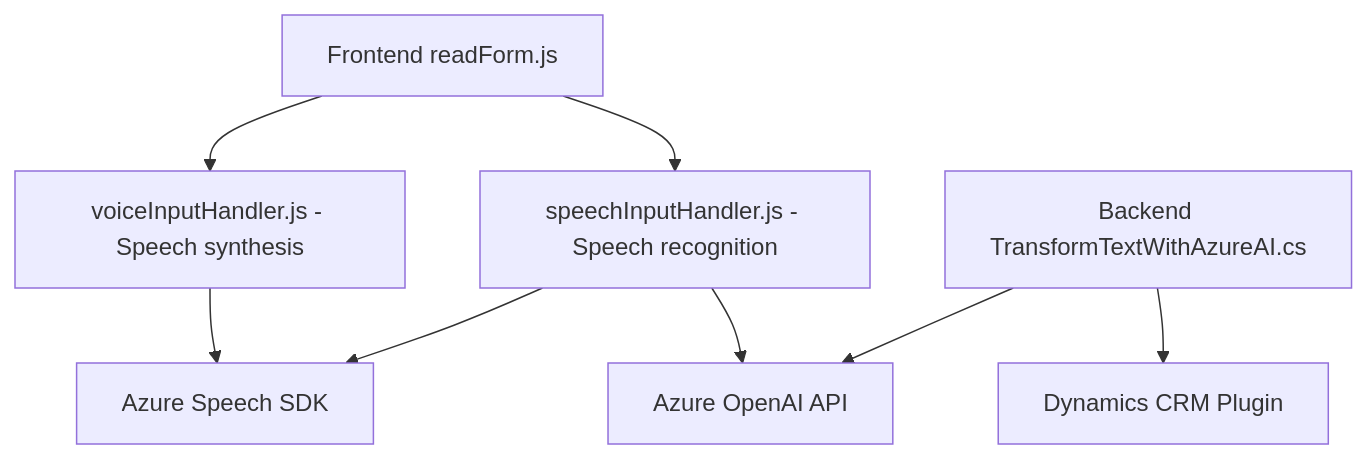
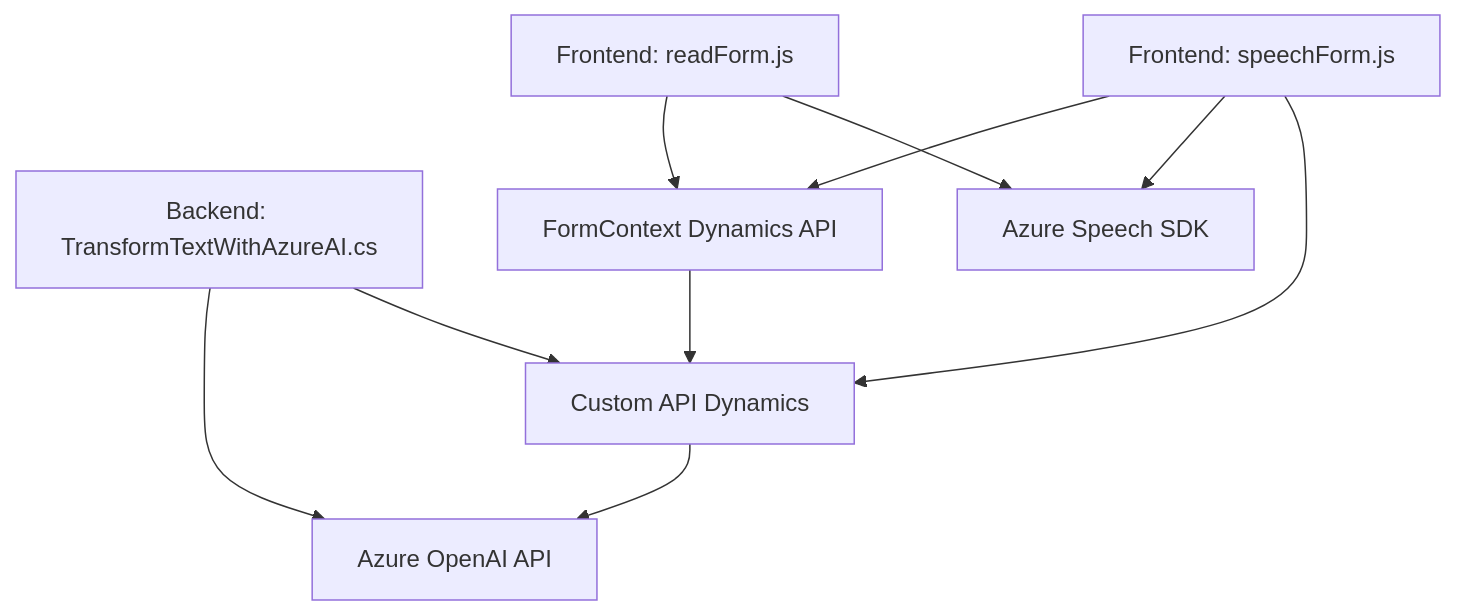
Before and after one commit to blopezdm/NETCORE_BILBAO2025: the diagram in README.md, drawn with Mermaid. The commit also changed other lines of this file, not shown here.

````diff
--- a/README.md
+++ b/README.md
@@ -40,18 +65,20 @@
 ```mermaid
 graph TD
-    A["Frontend readForm.js"]
-    B["voiceInputHandler.js - Speech synthesis"]
-    C["speechInputHandler.js - Speech recognition"]
-    D["Backend TransformTextWithAzureAI.cs"]
+    A["Frontend: readForm.js"]
+    B["Frontend: speechForm.js"]
+    C["Backend: TransformTextWithAzureAI.cs"]
+    D["FormContext Dynamics API"]
     E["Azure Speech SDK"]
     F["Azure OpenAI API"]
-    G["Dynamics CRM Plugin"]
+    G["Custom API Dynamics"]
 
-    A --> B
-    A --> C
+    A --> D
+    A --> E
+    B --> D
     B --> E
-    C --> E
+    B --> G
+    G --> F
     C --> F
-    D --> F
+    C --> G
     D --> G
 ```
````
